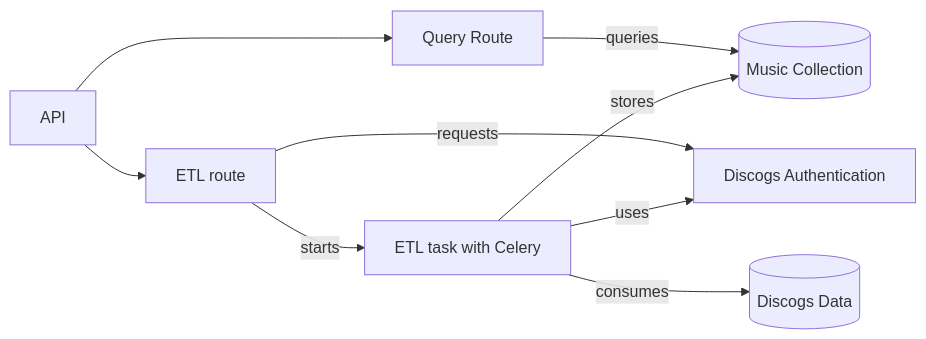
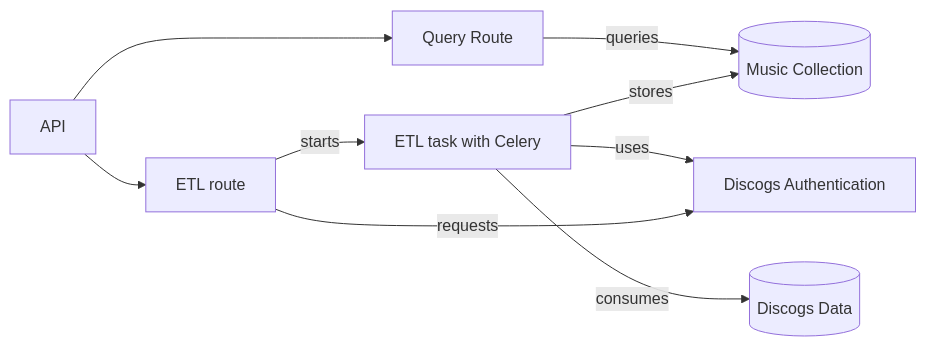
Before and after one commit to mark-me/music_explorer_api: the first of 2 diagrams in README.md, drawn with Mermaid. The commit also changed other lines of this file, not shown here.

````diff
--- a/README.md
+++ b/README.md
@@ -19,19 +19,19 @@
 ```mermaid
 flowchart LR
     api[API]
     api_querying[Query Route]
     data_db[(Music Collection)]
     authentication_discogs[Discogs Authentication]
     etl_api[ETL route]
     celery_loader[ETL task with Celery]
     data_discogs[(Discogs Data)]
 
     api --> api_querying
     api --> etl_api
     api_querying --queries--> data_db
-    etl_api --requests--> authentication_discogs
     etl_api --starts--> celery_loader
     celery_loader --uses--> authentication_discogs
     celery_loader --consumes--> data_discogs
     celery_loader --stores--> data_db
+    etl_api --requests--> authentication_discogs
 ```
````
